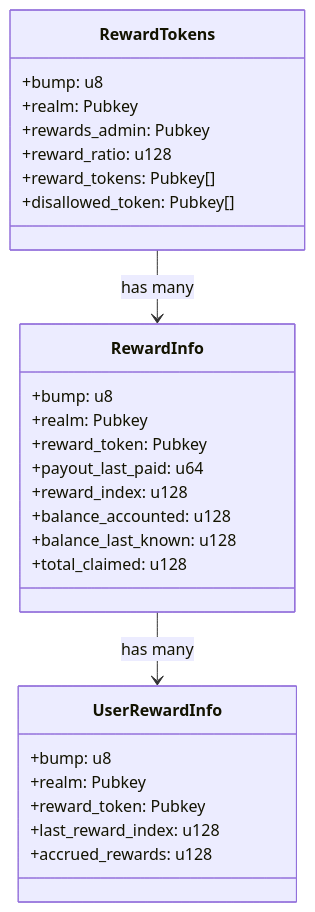
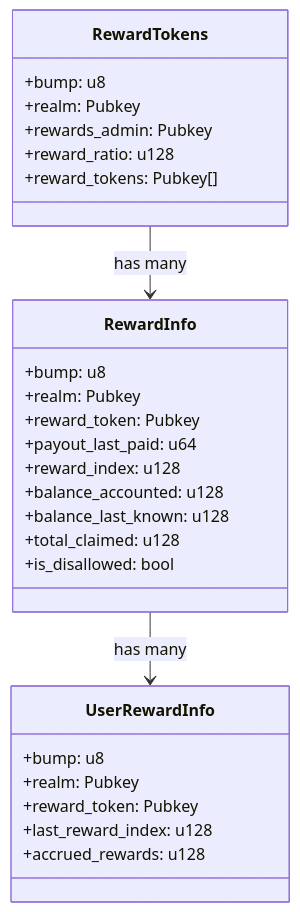
Before and after one commit to reserve-protocol/reserve-index-dtfs-solana: the fourth of 5 diagrams in README.md, drawn with Mermaid. The commit also changed 18 other files, not shown here.

First line of the commit message:
[BUGFIX|CANTINA #140/#146] Disallowed token revamped (no more max) and disallowed token validated on accrue rewards / Token migration validation (#50)

````diff
--- a/README.md
+++ b/README.md
@@ -504,33 +504,33 @@
 ```mermaid
 classDiagram
     class RewardTokens {
         +bump: u8
         +realm: Pubkey
         +rewards_admin: Pubkey
         +reward_ratio: u128
         +reward_tokens: Pubkey[]
-        +disallowed_token: Pubkey[]
     }
 
     class RewardInfo {
         +bump: u8
         +realm: Pubkey
         +reward_token: Pubkey
         +payout_last_paid: u64
         +reward_index: u128
         +balance_accounted: u128
         +balance_last_known: u128
         +total_claimed: u128
+        +is_disallowed: bool
     }
 
     class UserRewardInfo {
         +bump: u8
         +realm: Pubkey
         +reward_token: Pubkey
         +last_reward_index: u128
         +accrued_rewards: u128
     }
 
     RewardTokens --> RewardInfo: has many
     RewardInfo --> UserRewardInfo: has many
 ```
````
